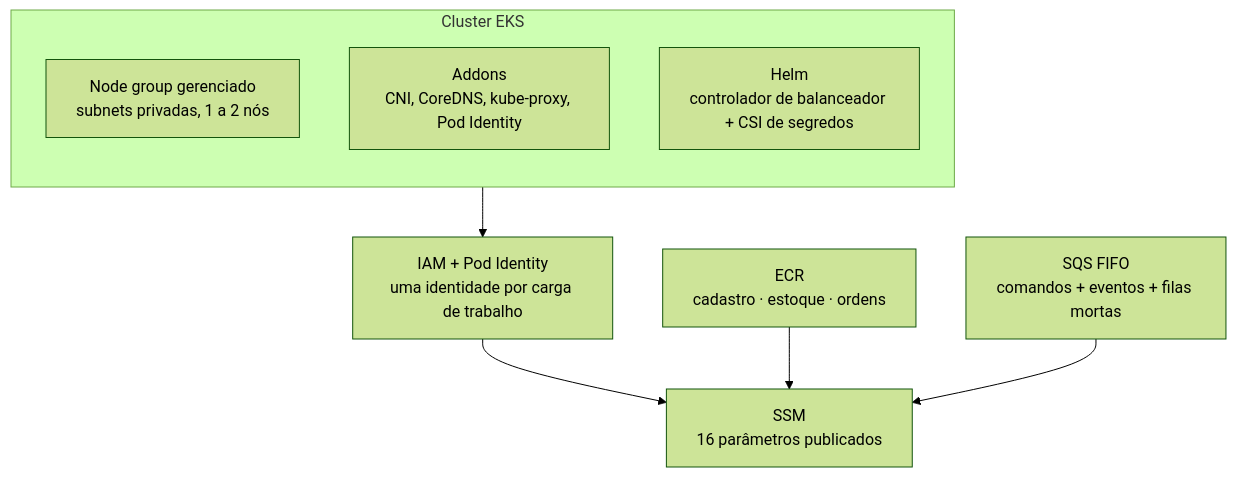
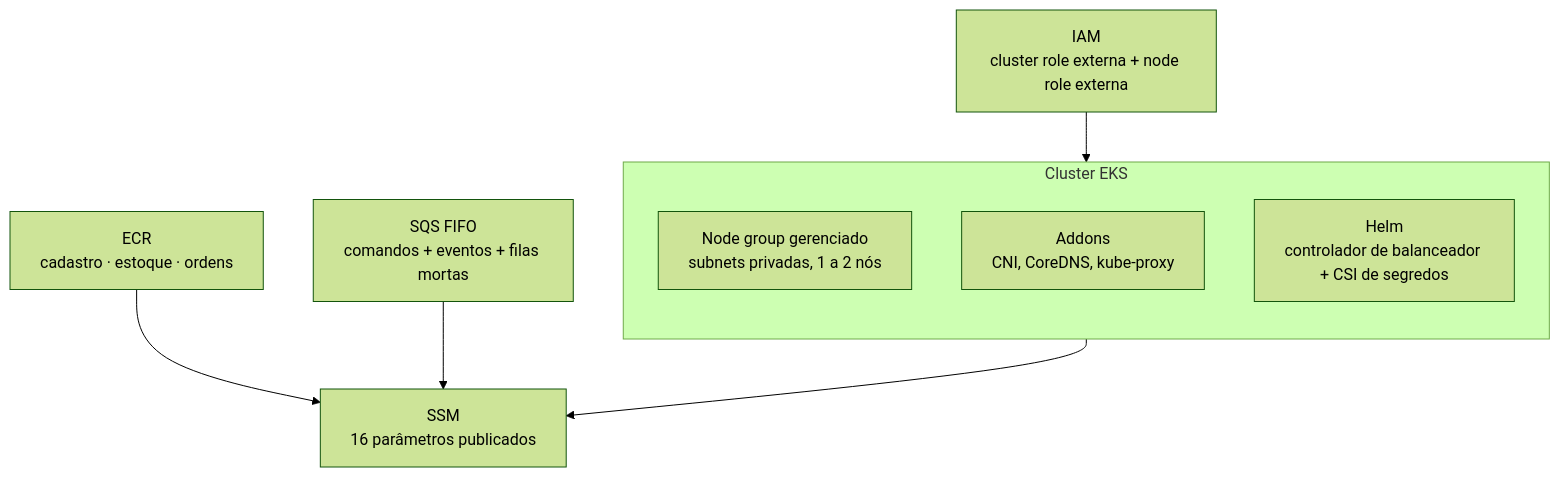
Before and after one commit to fabianorodrigues/oficina-infra-fiap-fase4: the first of 2 diagrams in README.md, drawn with Mermaid (forest theme). The commit also changed other lines of this file and 15 other files, not shown here.

Commit message:
fix(platform): simplificar deploy com credenciais da node role

````diff
--- a/README.md
+++ b/README.md
@@ -71,18 +71,19 @@
 ```mermaid
 flowchart TB
     subgraph EKS["Cluster EKS"]
         direction TB
         NG["Node group gerenciado<br/>subnets privadas, 1 a 2 nós"]
-        Addons["Addons<br/>CNI, CoreDNS, kube-proxy, Pod Identity"]
+        Addons["Addons<br/>CNI, CoreDNS, kube-proxy"]
         Helm["Helm<br/>controlador de balanceador + CSI de segredos"]
     end
 
     ECR["ECR<br/>cadastro · estoque · ordens"]
     SQS["SQS FIFO<br/>comandos + eventos + filas mortas"]
-    IAM["IAM + Pod Identity<br/>uma identidade por carga de trabalho"]
+    IAM["IAM<br/>cluster role externa + node role externa"]
     SSM["SSM<br/>16 parâmetros publicados"]
 
-    EKS --> IAM --> SSM
+    IAM --> EKS
+    EKS --> SSM
     ECR --> SSM
     SQS --> SSM
 ```
````
